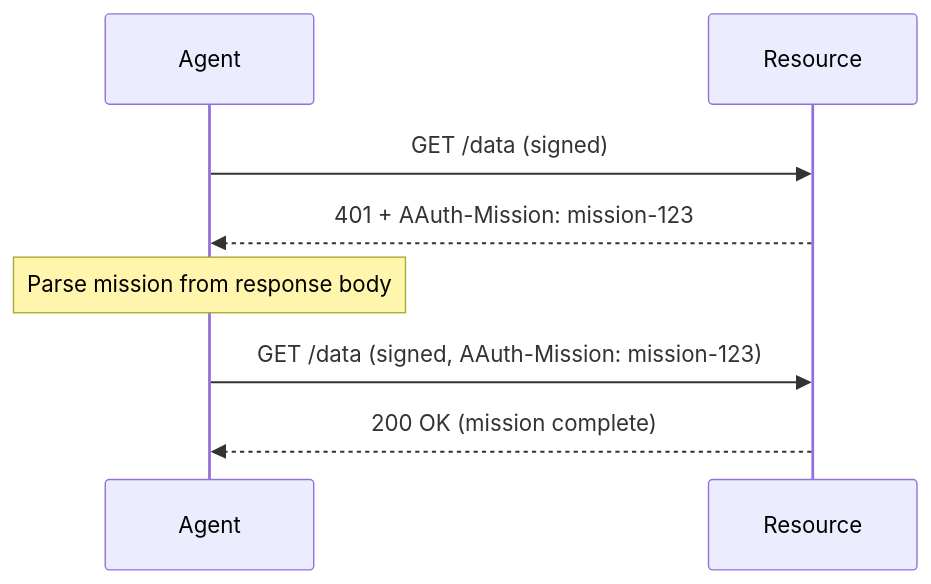
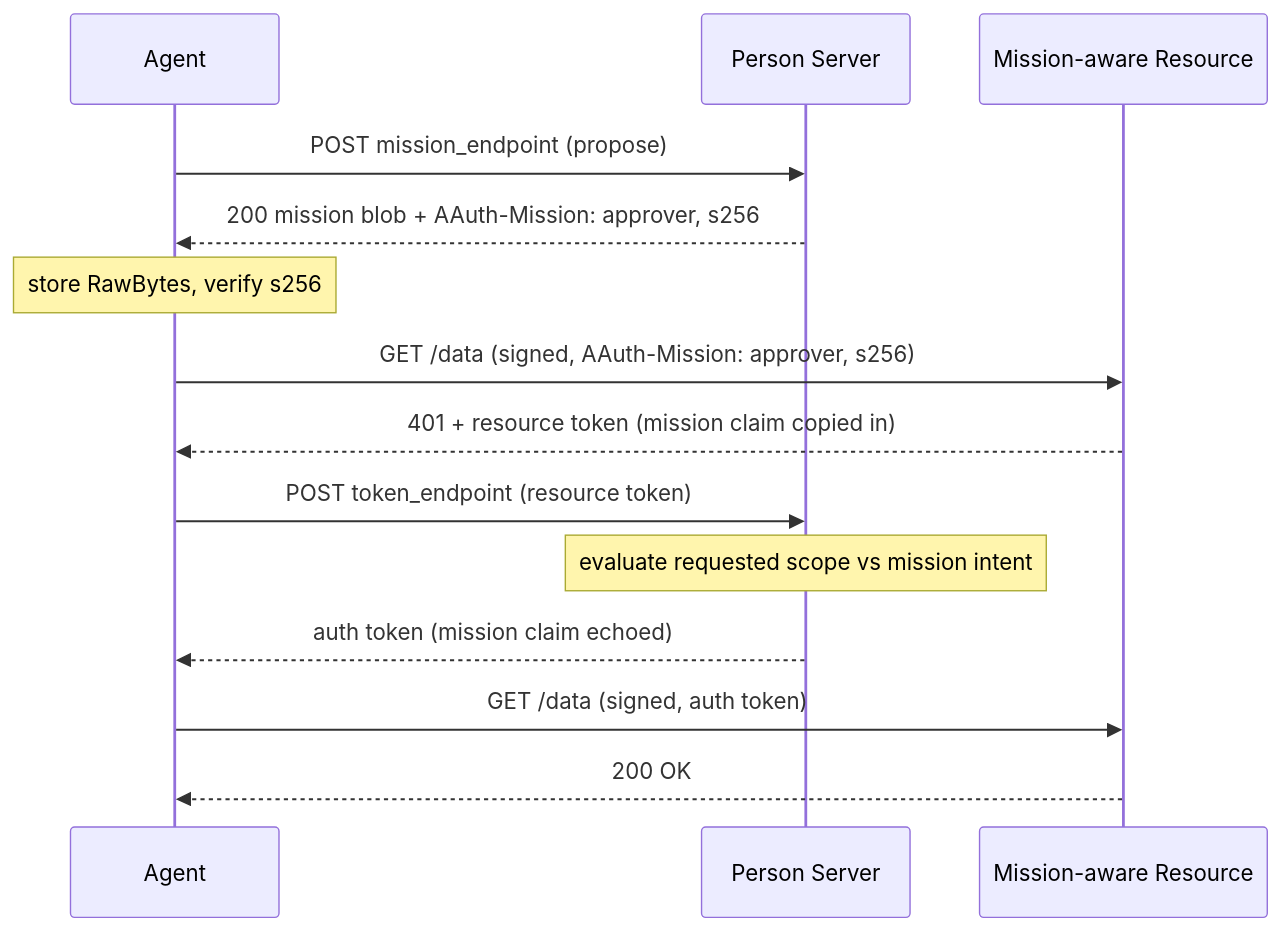
Before and after one commit to aauth-dev/dotnet-samples: the diagram in docs/advanced/missions.md, drawn with Mermaid. The commit also changed other lines of this file and 13 other files, not shown here.

````diff
--- a/docs/advanced/missions.md
+++ b/docs/advanced/missions.md
@@ -41,10 +142,18 @@
 ```mermaid
 sequenceDiagram
     participant Agent
-    participant Resource
-    Agent->>Resource: GET /data (signed)
-    Resource-->>Agent: 401 + AAuth-Mission: mission-123
-    Note over Agent: Parse mission from response body
-    Agent->>Resource: GET /data (signed, AAuth-Mission: mission-123)
-    Resource-->>Agent: 200 OK (mission complete)
+    participant PS as Person Server
+    participant Resource as Mission-aware Resource
+
+    Agent->>PS: POST mission_endpoint (propose)
+    PS-->>Agent: 200 mission blob + AAuth-Mission: approver, s256
+    Note over Agent: store RawBytes, verify s256
+
+    Agent->>Resource: GET /data (signed, AAuth-Mission: approver, s256)
+    Resource-->>Agent: 401 + resource token (mission claim copied in)
+    Agent->>PS: POST token_endpoint (resource token)
+    Note over PS: evaluate requested scope vs mission intent
+    PS-->>Agent: auth token (mission claim echoed)
+    Agent->>Resource: GET /data (signed, auth token)
+    Resource-->>Agent: 200 OK
 ```
````
